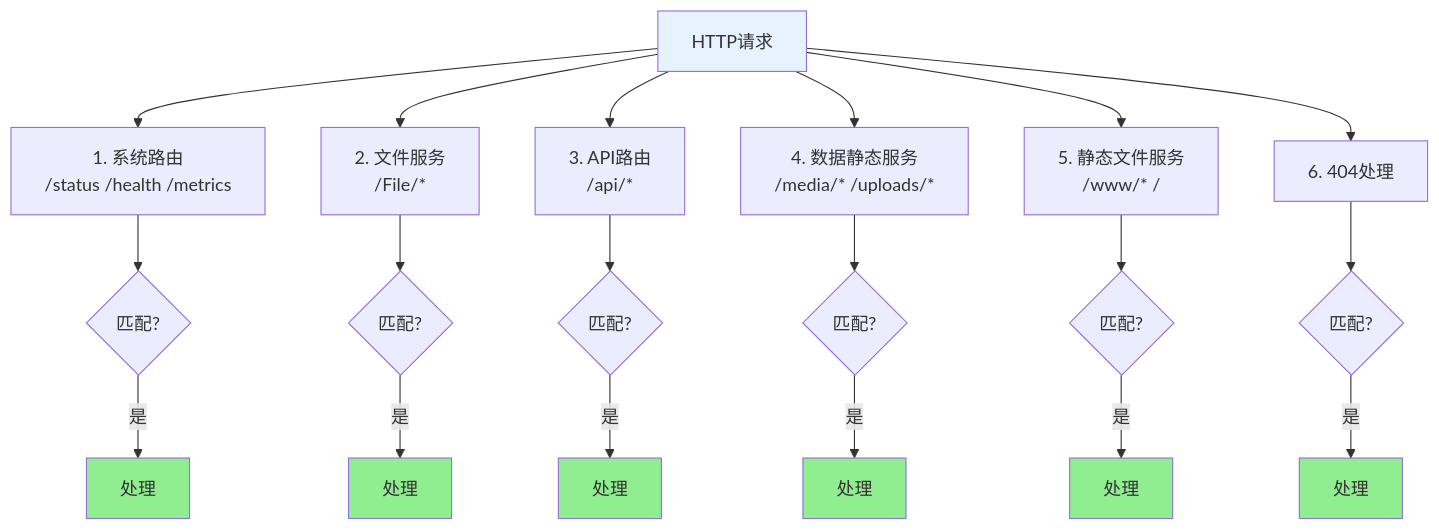
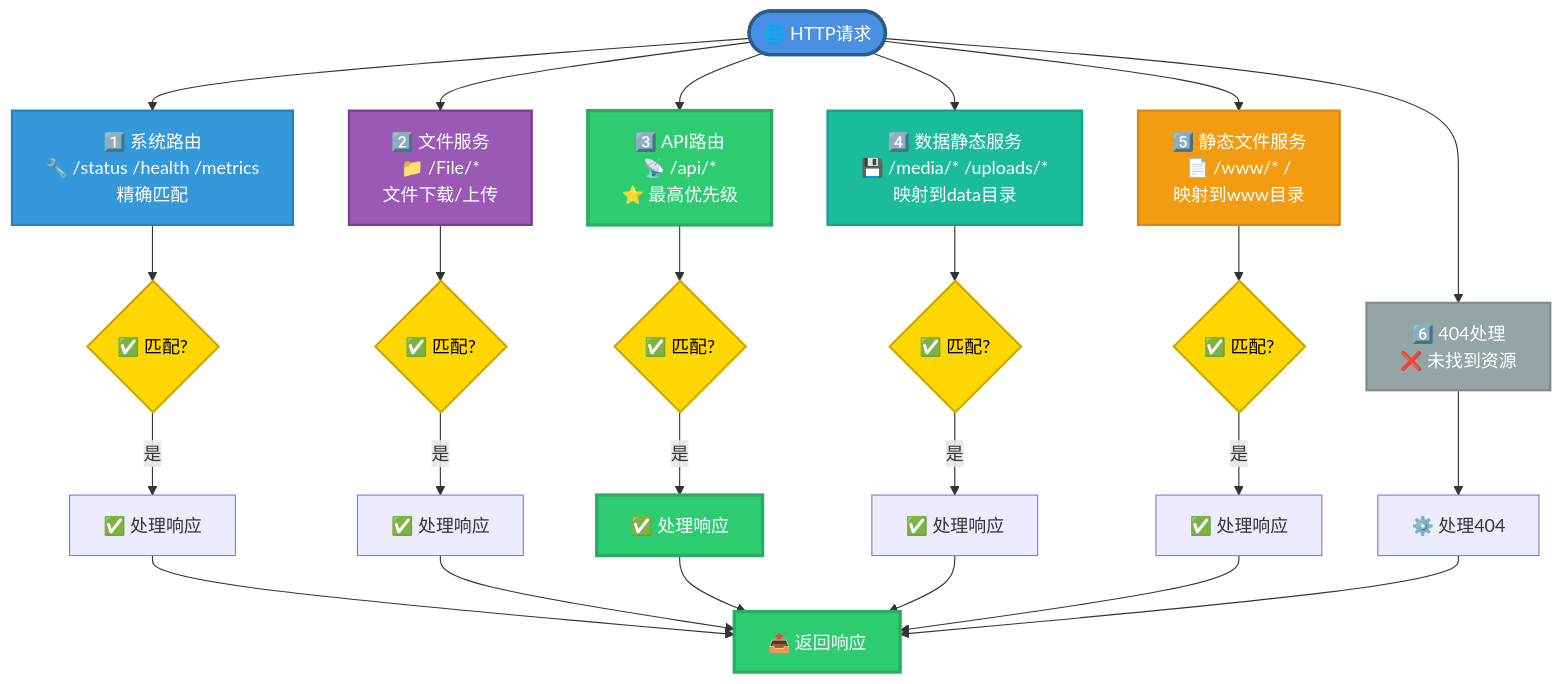
The ninth of 12 diagrams in docs/bot.md (sunflowermm/XRK-AGT), drawn with Mermaid before and after one commit. The commit also changed other lines of this file and 9 other files, not shown here.

````diff
--- a/docs/bot.md
+++ b/docs/bot.md
@@ -421,31 +463,44 @@
 ```mermaid
-graph TD
-    Request["HTTP请求"] --> Priority1["1. 系统路由<br/>/status /health /metrics"]
-    Request --> Priority2["2. 文件服务<br/>/File/*"]
-    Request --> Priority3["3. API路由<br/>/api/*"]
-    Request --> Priority4["4. 数据静态服务<br/>/media/* /uploads/*"]
-    Request --> Priority5["5. 静态文件服务<br/>/www/* /"]
-    Request --> Priority6["6. 404处理"]
+flowchart TB
+    Request(["🌐 HTTP请求"]) --> Priority1["1️⃣ 系统路由<br/>🔧 /status /health /metrics<br/>精确匹配"]
+    Request --> Priority2["2️⃣ 文件服务<br/>📁 /File/*<br/>文件下载/上传"]
+    Request --> Priority3["3️⃣ API路由<br/>📡 /api/*<br/>⭐ 最高优先级"]
+    Request --> Priority4["4️⃣ 数据静态服务<br/>💾 /media/* /uploads/*<br/>映射到data目录"]
+    Request --> Priority5["5️⃣ 静态文件服务<br/>📄 /www/* /<br/>映射到www目录"]
+    Request --> Priority6["6️⃣ 404处理<br/>❌ 未找到资源"]
     
-    Priority1 --> Match1{匹配?}
-    Priority2 --> Match2{匹配?}
-    Priority3 --> Match3{匹配?}
-    Priority4 --> Match4{匹配?}
-    Priority5 --> Match5{匹配?}
-    Priority6 --> Match6{匹配?}
+    Priority1 --> Match1{"✅ 匹配?"}
+    Priority2 --> Match2{"✅ 匹配?"}
+    Priority3 --> Match3{"✅ 匹配?"}
+    Priority4 --> Match4{"✅ 匹配?"}
+    Priority5 --> Match5{"✅ 匹配?"}
+    Priority6 --> Match6["⚙️ 处理404"]
     
-    Match1 -->|是| Handler1[处理]
-    Match2 -->|是| Handler2[处理]
-    Match3 -->|是| Handler3[处理]
-    Match4 -->|是| Handler4[处理]
-    Match5 -->|是| Handler5[处理]
-    Match6 -->|是| Handler6[处理]
+    Match1 -->|"是"| Handler1["✅ 处理响应"]
+    Match2 -->|"是"| Handler2["✅ 处理响应"]
+    Match3 -->|"是"| Handler3["✅ 处理响应"]
+    Match4 -->|"是"| Handler4["✅ 处理响应"]
+    Match5 -->|"是"| Handler5["✅ 处理响应"]
     
-    style Request fill:#E6F3FF
-    style Handler1 fill:#90EE90
-    style Handler2 fill:#90EE90
-    style Handler3 fill:#90EE90
-    style Handler4 fill:#90EE90
-    style Handler5 fill:#90EE90
-    style Handler6 fill:#90EE90
+    Handler1 --> Response["📤 返回响应"]
+    Handler2 --> Response
+    Handler3 --> Response
+    Handler4 --> Response
+    Handler5 --> Response
+    Match6 --> Response
+    
+    style Request fill:#4A90E2,stroke:#2E5C8A,stroke-width:3px,color:#fff
+    style Priority1 fill:#3498DB,stroke:#2980B9,stroke-width:2px,color:#fff
+    style Priority2 fill:#9B59B6,stroke:#7D3C98,stroke-width:2px,color:#fff
+    style Priority3 fill:#2ECC71,stroke:#27AE60,stroke-width:3px,color:#fff
+    style Priority4 fill:#1ABC9C,stroke:#16A085,stroke-width:2px,color:#fff
+    style Priority5 fill:#F39C12,stroke:#D68910,stroke-width:2px,color:#fff
+    style Priority6 fill:#95A5A6,stroke:#7F8C8D,stroke-width:2px,color:#fff
+    style Match1 fill:#FFD700,stroke:#CCAA00,stroke-width:2px,color:#000
+    style Match2 fill:#FFD700,stroke:#CCAA00,stroke-width:2px,color:#000
+    style Match3 fill:#FFD700,stroke:#CCAA00,stroke-width:2px,color:#000
+    style Match4 fill:#FFD700,stroke:#CCAA00,stroke-width:2px,color:#000
+    style Match5 fill:#FFD700,stroke:#CCAA00,stroke-width:2px,color:#000
+    style Handler3 fill:#2ECC71,stroke:#27AE60,stroke-width:3px,color:#fff
+    style Response fill:#2ECC71,stroke:#27AE60,stroke-width:3px,color:#fff
 ```
````
